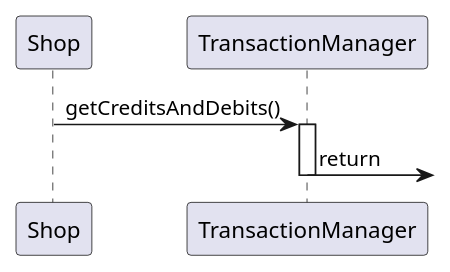
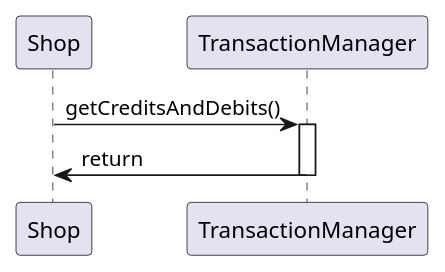
The fifth of 5 diagrams in Deliverables/DesignDocument.md (nicolabattaglino/ezshop), drawn with PlantUML before and after one commit. The commit also changed other lines of this file, not shown here.

````diff
--- a/Deliverables/DesignDocument.md
+++ b/Deliverables/DesignDocument.md
@@ -507,8 +507,8 @@
 ```plantuml
 @startuml
 Shop -> TransactionManager: getCreditsAndDebits()
 activate TransactionManager
-TransactionManager  -> : return
+TransactionManager  -> Shop: return
 deactivate TransactionManager 
 @enduml
 ```
````
